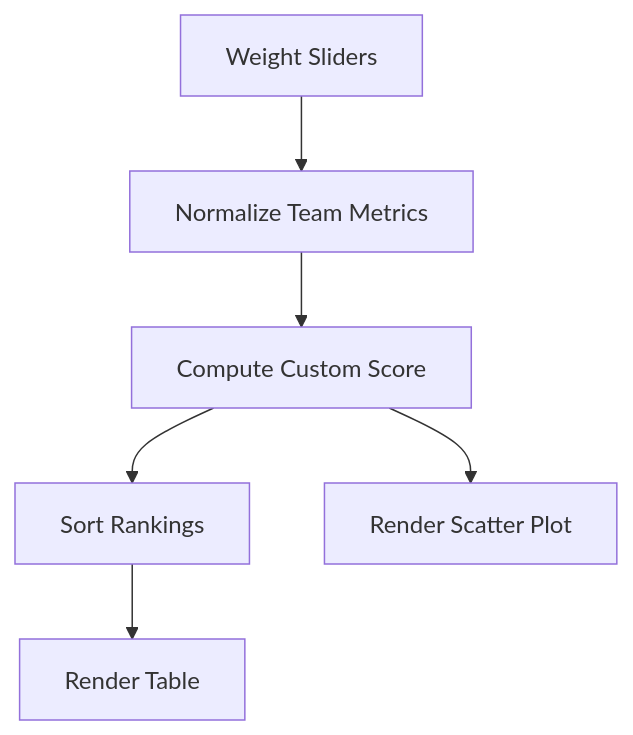
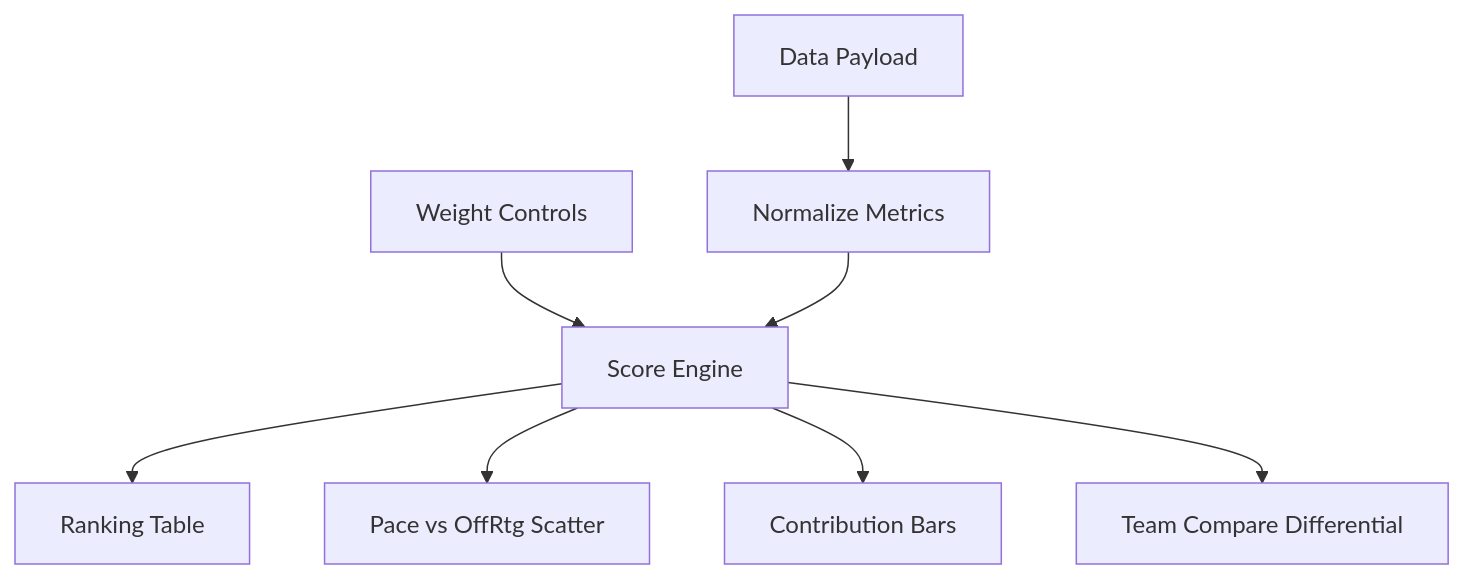
One commit to abhikhur27/abhikhur27.github.io changed the diagram in projects/sports-analytics-explorer/README.md. Above: the diagram before and after it, drawn with Mermaid. The commit also changed other lines of this file and 17 other files, not shown here.

````diff
--- a/projects/sports-analytics-explorer/README.md
+++ b/projects/sports-analytics-explorer/README.md
@@ -22,8 +32,10 @@
 ```mermaid
 flowchart TD
-  A[Weight Sliders] --> B[Normalize Team Metrics]
-  B --> C[Compute Custom Score]
-  C --> D[Sort Rankings]
-  C --> E[Render Scatter Plot]
-  D --> F[Render Table]
+  A[Data Payload] --> B[Normalize Metrics]
+  C[Weight Controls] --> D[Score Engine]
+  B --> D
+  D --> E[Ranking Table]
+  D --> F[Pace vs OffRtg Scatter]
+  D --> G[Contribution Bars]
+  D --> H[Team Compare Differential]
 ```
````
